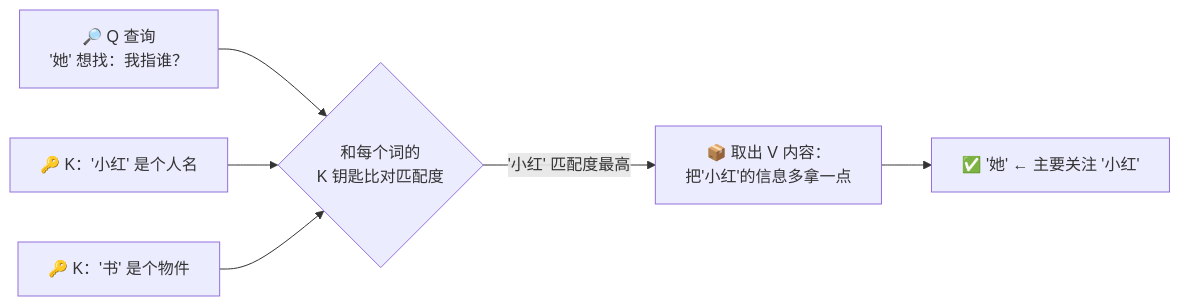
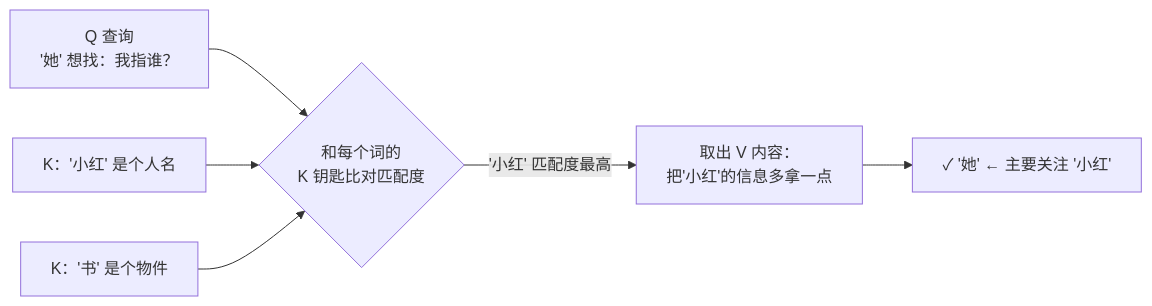
One commit to luckykhy/KhyAiHub changed the third of 5 diagrams in docs/02_CONCEPTS_概念入门/CONCEPT/[CONCEPT-14] 什么是Transformer-变换器.md. Above: the diagram before and after it, drawn with Mermaid. The commit also changed other lines of this file and 19 other files, not shown here.

````diff
--- a/docs/02_CONCEPTS_概念入门/CONCEPT/[CONCEPT-14] 什么是Transformer-变换器.md
+++ b/docs/02_CONCEPTS_概念入门/CONCEPT/[CONCEPT-14] 什么是Transformer-变换器.md
@@ -167,8 +167,8 @@
 ```mermaid
 flowchart LR
-  Q["🔎 Q 查询<br/>'她' 想找：我指谁？"] --> M{"和每个词的<br/>K 钥匙比对匹配度"}
-  K1["🔑 K：'小红' 是个人名"] --> M
-  K2["🔑 K：'书' 是个物件"] --> M
-  M -- "'小红' 匹配度最高" --> V["📦 取出 V 内容：<br/>把'小红'的信息多拿一点"]
-  V --> R["✅ '她' ← 主要关注 '小红'"]
+  Q["Q 查询<br/>'她' 想找：我指谁？"] --> M{"和每个词的<br/>K 钥匙比对匹配度"}
+  K1["K：'小红' 是个人名"] --> M
+  K2["K：'书' 是个物件"] --> M
+  M -- "'小红' 匹配度最高" --> V["取出 V 内容：<br/>把'小红'的信息多拿一点"]
+  V --> R["✓ '她' ← 主要关注 '小红'"]
 ```
````
